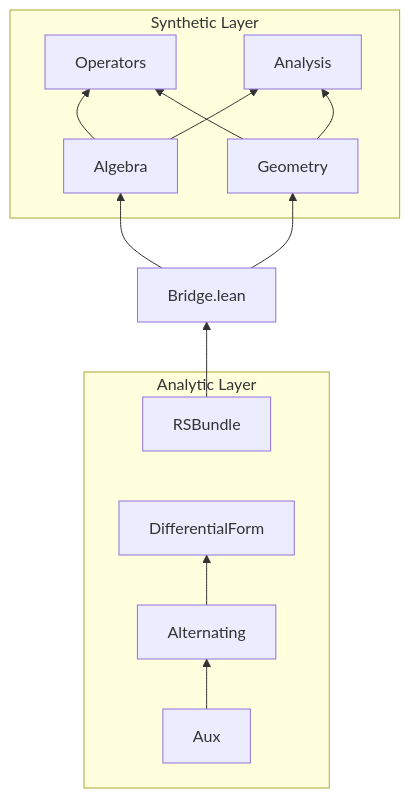
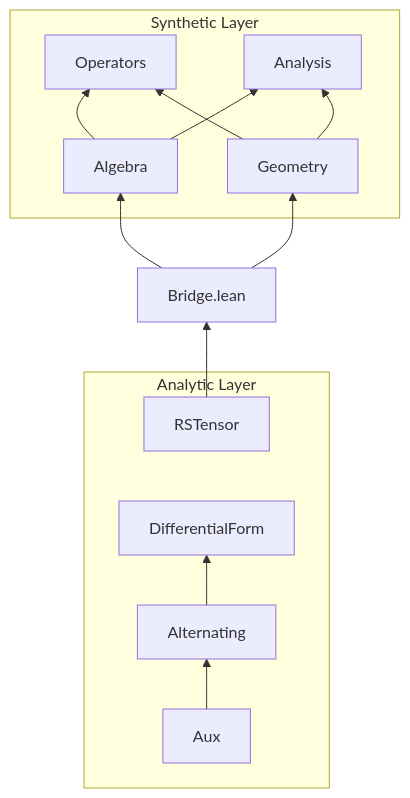
One commit to liao9yuan/differential-geometry changed the diagram in README.md. Above: the diagram before and after it, drawn with Mermaid. The commit also changed 1 other file, not shown here.

Commit message:
chore: fix import of RSBundle to RSTensor from main branch merge

````diff
--- a/README.md
+++ b/README.md
@@ -7,28 +7,28 @@
 ```mermaid
 flowchart BT
     subgraph AnalyticLayer [Analytic Layer]
-        DirRSB[RSBundle]
+        DirRSB[RSTensor]
         
         DirAux[Aux] --> DirAlt[Alternating]
         DirAlt --> DirDiffForm[DifferentialForm]
     end
 
     DirRSB --> Bridge[Bridge.lean]
     DirDiffForm ~~~ DirRSB
 
     subgraph SyntheticLayer [Synthetic Layer]
         DirAlg[Algebra]
         DirGeom[Geometry]
         DirOperators[Operators]
         DirAnalysis[Analysis]
 
         DirAlg --> DirOperators
         DirGeom --> DirOperators
 
         DirAlg --> DirAnalysis
         DirGeom --> DirAnalysis
     end
 
     Bridge --> DirAlg
     Bridge --> DirGeom
 ```
````
